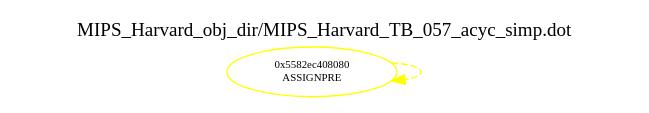
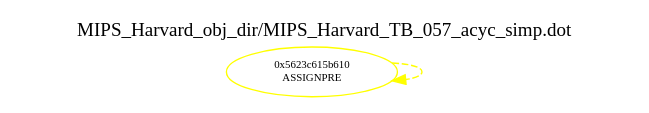
One commit to jjlehner/MIPS_CPU_Project changed the diagram in unofficial/preliminary_testing/MIPS_Harvard_obj_dir/MIPS_Harvard_TB_057_acyc_simp.dot. Above: the diagram before and after it, drawn with Graphviz. The commit also changed 192 other files, not shown here.

```diff
--- a/unofficial/preliminary_testing/MIPS_Harvard_obj_dir/MIPS_Harvard_TB_057_acyc_simp.dot
+++ b/unofficial/preliminary_testing/MIPS_Harvard_obj_dir/MIPS_Harvard_TB_057_acyc_simp.dot
@@ -1,8 +1,8 @@
 digraph v3graph {
 	graph	[label="MIPS_Harvard_obj_dir/MIPS_Harvard_TB_057_acyc_simp.dot",
 		 labelloc=t, labeljust=l,
 		 //size="7.5,10",
 		 rankdir=TB];
-	n0	[fontsize=8 label="0x5582ec408080\n ASSIGNPRE", color=yellow];
+	n0	[fontsize=8 label="0x5623c615b610\n ASSIGNPRE", color=yellow];
 	n0 -> n0 [fontsize=8 label="" weight=3 color=yellow style=dashed];
 }
```
